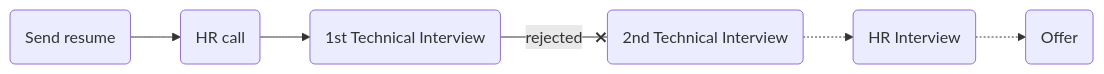
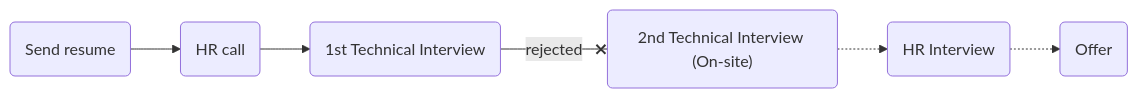
The diagram in src/yektanet.md (mo1ein/jobname), drawn with Mermaid before and after one commit. The commit also changed other lines of this file and 4 other files, not shown here.

````diff
--- a/src/yektanet.md
+++ b/src/yektanet.md
@@ -7,5 +7,5 @@
 ```mermaid
 flowchart LR
-    sr(Send resume) --> hr(HR call) --> ti1(1st Technical Interview) --rejected--x ti2(2nd Technical Interview) -.-> hri(HR Interview) -.-> o(Offer)
+    sr(Send resume) --> hr(HR call) --> ti1(1st Technical Interview) --rejected--x ti2("2nd Technical Interview (On-site)") -.-> hri(HR Interview) -.-> o(Offer)
 
 ```
````
